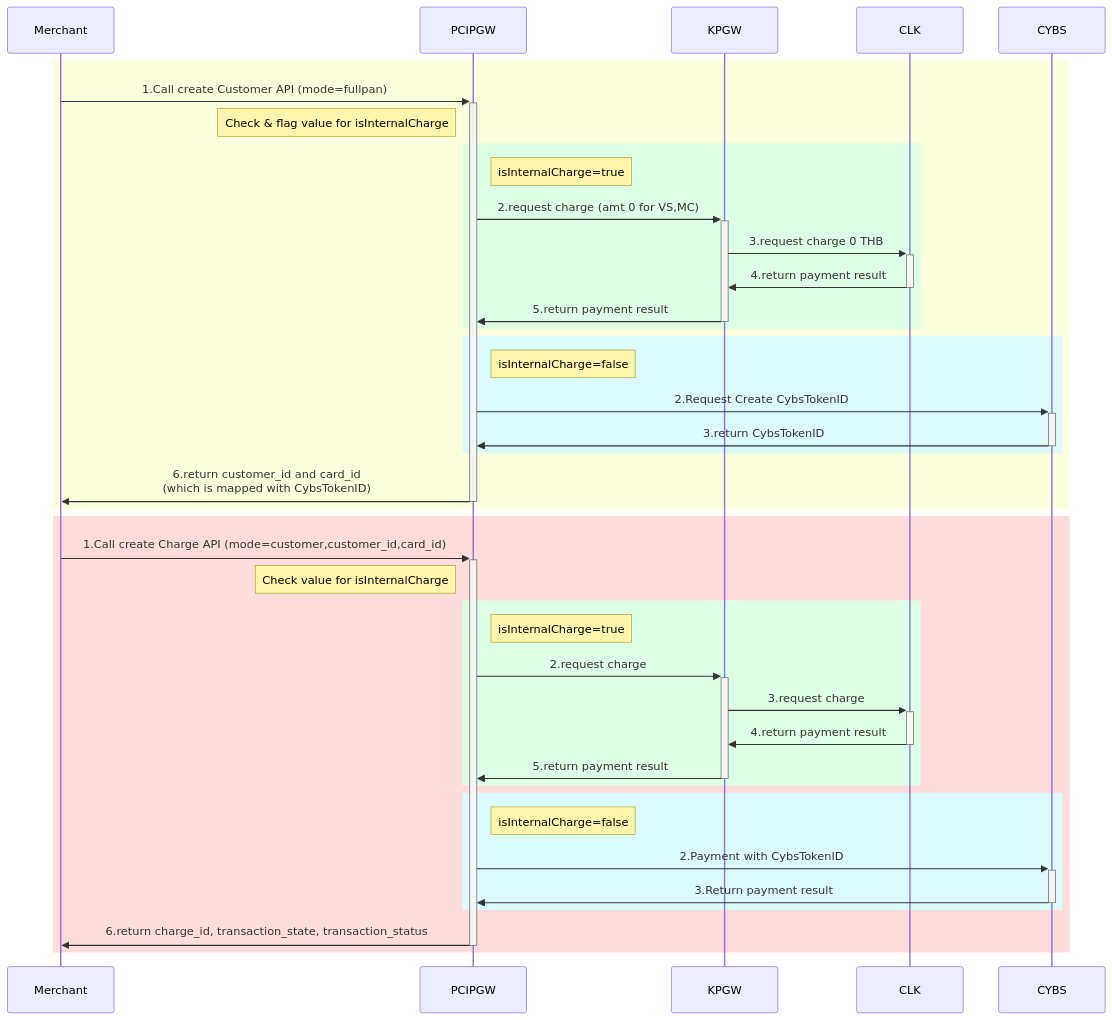
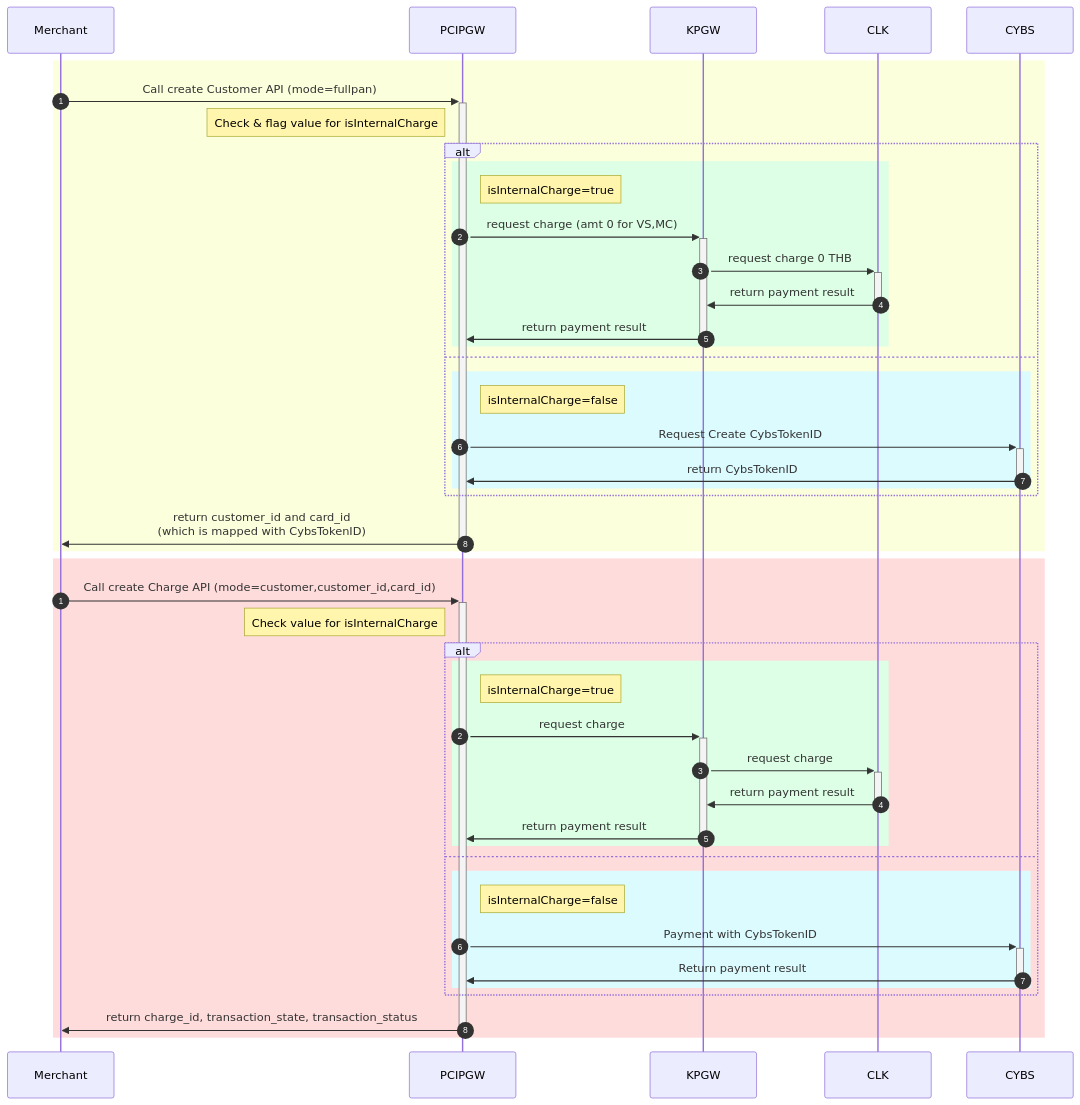
Before and after one commit to yuusuke25/MyNotes: the sixth of 6 diagrams in Cybs-Ph2-Flow1.md, drawn with Mermaid. The commit also changed other lines of this file, not shown here.

````diff
--- a/Cybs-Ph2-Flow1.md
+++ b/Cybs-Ph2-Flow1.md
@@ -197,38 +210,45 @@
 ```mermaid
     sequenceDiagram
+        autonumber 1
         rect rgb(252, 255, 220)
-            Merchant->>+PCIPGW:1.Call create Customer API (mode=fullpan)
+            Merchant->>+PCIPGW:Call create Customer API (mode=fullpan)
             Note left of PCIPGW: Check & flag value for isInternalCharge
-            rect rgb(220, 255, 229)
-                Note right of PCIPGW: isInternalCharge=true
-                PCIPGW->>+KPGW:2.request charge (amt 0 for VS,MC)
-                KPGW->>+CLK:3.request charge 0 THB
-                CLK->>-KPGW:4.return payment result
-                KPGW->>-PCIPGW:5.return payment result
+            alt
+                rect rgb(220, 255, 229)
+                    Note right of PCIPGW: isInternalCharge=true
+                    PCIPGW->>+KPGW:request charge (amt 0 for VS,MC)
+                    KPGW->>+CLK:request charge 0 THB
+                    CLK->>-KPGW:return payment result
+                    KPGW->>-PCIPGW:return payment result
+                end
+            else
+                rect rgb(220, 251, 255)
+                    Note right of PCIPGW: isInternalCharge=false
+                    PCIPGW->>+CYBS:Request Create CybsTokenID
+                    CYBS->>-PCIPGW:return CybsTokenID
+                end
             end
-            rect rgb(220, 251, 255)
-                Note right of PCIPGW: isInternalCharge=false
-                PCIPGW->>+CYBS:2.Request Create CybsTokenID
-                CYBS->>-PCIPGW:3.return CybsTokenID
+            PCIPGW->>-Merchant:return customer_id and card_id<br>(which is mapped with CybsTokenID)
+        end
+        autonumber 1
+        rect rgb(255, 220, 220)
+            Merchant->>+PCIPGW:Call create Charge API (mode=customer,customer_id,card_id)
+            Note left of PCIPGW: Check value for isInternalCharge
+            alt
+                rect rgb(220, 255, 229)
+                    Note right of PCIPGW: isInternalCharge=true
+                    PCIPGW->>+KPGW:request charge
+                    KPGW->>+CLK:request charge
+                    CLK->>-KPGW:return payment result
+                    KPGW->>-PCIPGW:return payment result
+                end
+            else
+                rect rgb(220, 251, 255)
+                    Note right of PCIPGW: isInternalCharge=false
+                    PCIPGW->>+CYBS:Payment with CybsTokenID
+                    CYBS->>-PCIPGW:Return payment result
+                end
             end
-            PCIPGW->>-Merchant:6.return customer_id and card_id<br>(which is mapped with CybsTokenID)
-        end
-        
-        rect rgb(255, 220, 220)
-            Merchant->>+PCIPGW:1.Call create Charge API (mode=customer,customer_id,card_id)
-            Note left of PCIPGW: Check value for isInternalCharge
-            rect rgb(220, 255, 229)
-                Note right of PCIPGW: isInternalCharge=true
-                PCIPGW->>+KPGW:2.request charge
-                KPGW->>+CLK:3.request charge
-                CLK->>-KPGW:4.return payment result
-                KPGW->>-PCIPGW:5.return payment result
-            end
-            rect rgb(220, 251, 255)
-                Note right of PCIPGW: isInternalCharge=false
-                PCIPGW->>+CYBS:2.Payment with CybsTokenID
-                CYBS->>-PCIPGW:3.Return payment result
-            end
-            PCIPGW->>-Merchant:6.return charge_id, transaction_state, transaction_status
+            PCIPGW->>-Merchant:return charge_id, transaction_state, transaction_status
         end
 ```
````
